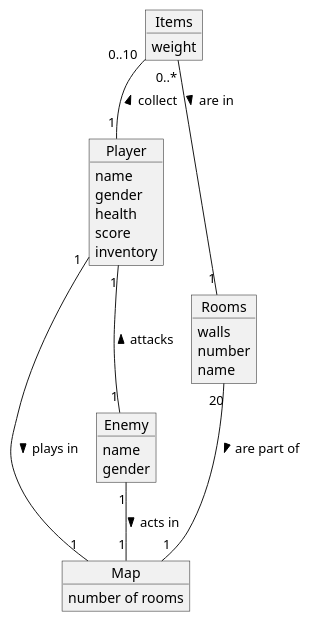
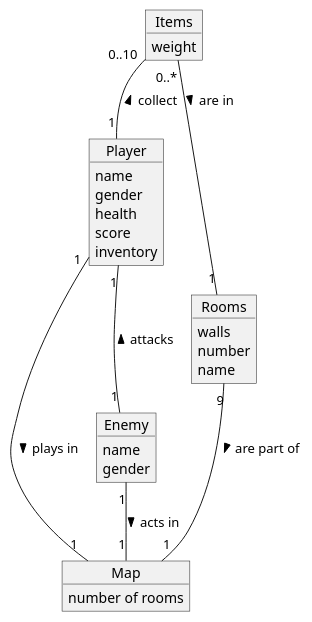
Before and after one commit to nardib/TextAdventure: the diagram in doc/DomainModel.plantuml, drawn with PlantUML. The commit also changed 3 other files, not shown here.

Commit message:
updated diagrams

```diff
--- a/doc/DomainModel.plantuml
+++ b/doc/DomainModel.plantuml
@@ -1,34 +1,34 @@
 @startuml DomainModel
 
     object Player{
         name
         gender
         health
         score
         inventory
     }
 
     object Map{
         number of rooms
     }
     object Rooms{
         walls
         number
         name
     }
     object Enemy{
         name
         gender
     }
     object Items{
         weight
     }
 
     Player "1" -- "1" Enemy : attacks < 
-    Rooms "20" -- "1" Map : are part of >
+    Rooms "9" -- "1" Map : are part of >
     Items "0..10" -- "1" Player : collect <
     Enemy "1" -- "1" Map : acts in >
     Player "1" -- "1" Map : plays in >
     Items "0..*" -- "1" Rooms : are in >
 
 @enduml
```
